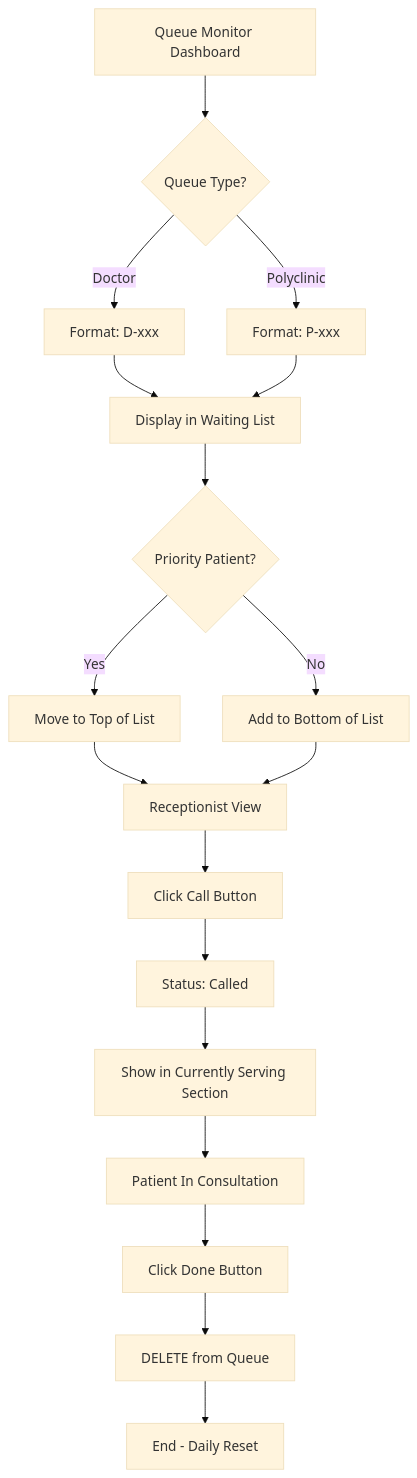
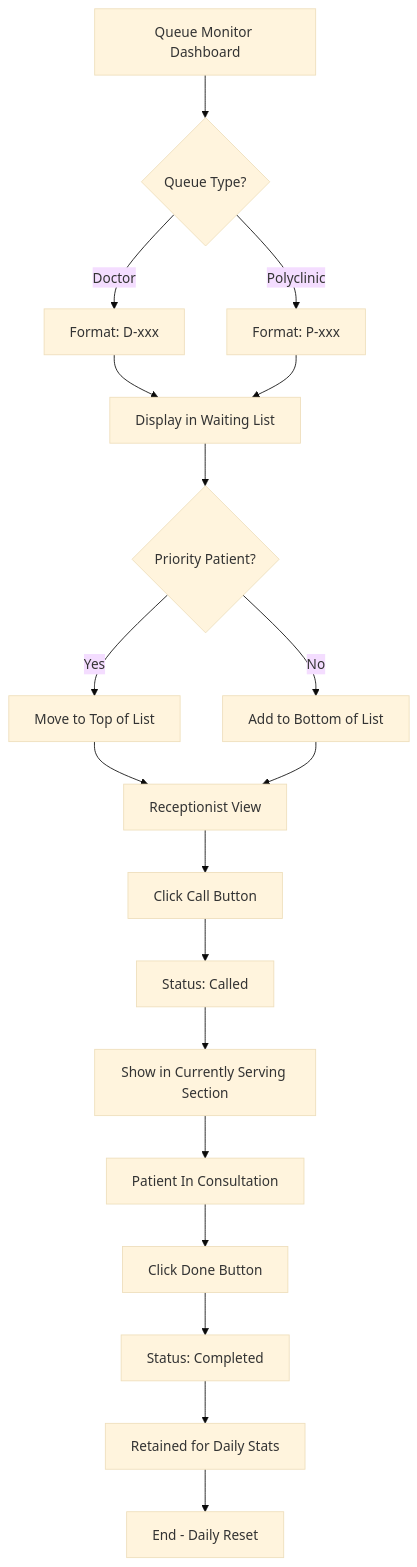
One commit to giangawatsu016/Klinik_FrontDesk changed the second of 4 diagrams in docs/product/user-flows.md. Above: the diagram before and after it, drawn with Mermaid (base theme). The commit also changed other lines of this file and 3 other files, not shown here.

Commit message:
docs: update PRD, user flows, and README to match latest features

````diff
--- a/docs/product/user-flows.md
+++ b/docs/product/user-flows.md
@@ -39,24 +39,25 @@
 ```mermaid
 graph TD
     A[Queue Monitor Dashboard] --> B{Queue Type?}
     B -- Doctor --> C[Format: D-xxx]
     B -- Polyclinic --> D[Format: P-xxx]
     
     C --> E[Display in Waiting List]
     D --> E
     
     E --> F{Priority Patient?}
     F -- Yes --> G[Move to Top of List]
     F -- No --> H[Add to Bottom of List]
     
     G --> I[Receptionist View]
     H --> I
     
     I --> J[Click Call Button]
     J --> K[Status: Called]
     K --> L[Show in Currently Serving Section]
     L --> M[Patient In Consultation]
     M --> N[Click Done Button]
-    N --> O[DELETE from Queue]
-    O --> P[End - Daily Reset]
+    N --> O[Status: Completed]
+    O --> P[Retained for Daily Stats]
+    P --> Q[End - Daily Reset]
 ```
````
